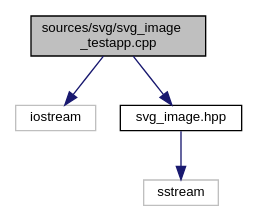
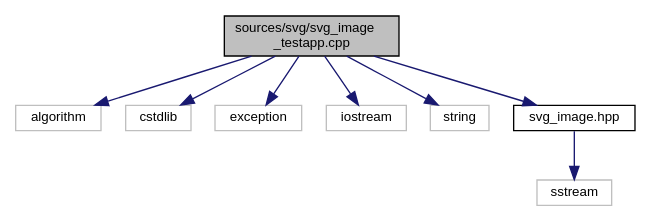
The diagram in geometry/documentation/svg__image__testapp_8cpp__incl.dot (eliogovea/dev-env-cpp), drawn with Graphviz before and after one commit. The commit also changed 148 other files, not shown here.

```diff
--- a/geometry/documentation/svg__image__testapp_8cpp__incl.dot
+++ b/geometry/documentation/svg__image__testapp_8cpp__incl.dot
@@ -1,13 +1,21 @@
 digraph "sources/svg/svg_image_testapp.cpp"
 {
  // LATEX_PDF_SIZE
   edge [fontname="Helvetica",fontsize="10",labelfontname="Helvetica",labelfontsize="10"];
   node [fontname="Helvetica",fontsize="10",shape=record];
   Node1 [label="sources/svg/svg_image\l_testapp.cpp",height=0.2,width=0.4,color="black", fillcolor="grey75", style="filled", fontcolor="black",tooltip=" "];
   Node1 -> Node2 [color="midnightblue",fontsize="10",style="solid",fontname="Helvetica"];
-  Node2 [label="iostream",height=0.2,width=0.4,color="grey75", fillcolor="white", style="filled",tooltip=" "];
+  Node2 [label="algorithm",height=0.2,width=0.4,color="grey75", fillcolor="white", style="filled",tooltip=" "];
   Node1 -> Node3 [color="midnightblue",fontsize="10",style="solid",fontname="Helvetica"];
-  Node3 [label="svg_image.hpp",height=0.2,width=0.4,color="black", fillcolor="white", style="filled",URL="$svg__image_8hpp.html",tooltip=" "];
-  Node3 -> Node4 [color="midnightblue",fontsize="10",style="solid",fontname="Helvetica"];
-  Node4 [label="sstream",height=0.2,width=0.4,color="grey75", fillcolor="white", style="filled",tooltip=" "];
+  Node3 [label="cstdlib",height=0.2,width=0.4,color="grey75", fillcolor="white", style="filled",tooltip=" "];
+  Node1 -> Node4 [color="midnightblue",fontsize="10",style="solid",fontname="Helvetica"];
+  Node4 [label="exception",height=0.2,width=0.4,color="grey75", fillcolor="white", style="filled",tooltip=" "];
+  Node1 -> Node5 [color="midnightblue",fontsize="10",style="solid",fontname="Helvetica"];
+  Node5 [label="iostream",height=0.2,width=0.4,color="grey75", fillcolor="white", style="filled",tooltip=" "];
+  Node1 -> Node6 [color="midnightblue",fontsize="10",style="solid",fontname="Helvetica"];
+  Node6 [label="string",height=0.2,width=0.4,color="grey75", fillcolor="white", style="filled",tooltip=" "];
+  Node1 -> Node7 [color="midnightblue",fontsize="10",style="solid",fontname="Helvetica"];
+  Node7 [label="svg_image.hpp",height=0.2,width=0.4,color="black", fillcolor="white", style="filled",URL="$svg__image_8hpp.html",tooltip=" "];
+  Node7 -> Node8 [color="midnightblue",fontsize="10",style="solid",fontname="Helvetica"];
+  Node8 [label="sstream",height=0.2,width=0.4,color="grey75", fillcolor="white", style="filled",tooltip=" "];
 }
```
